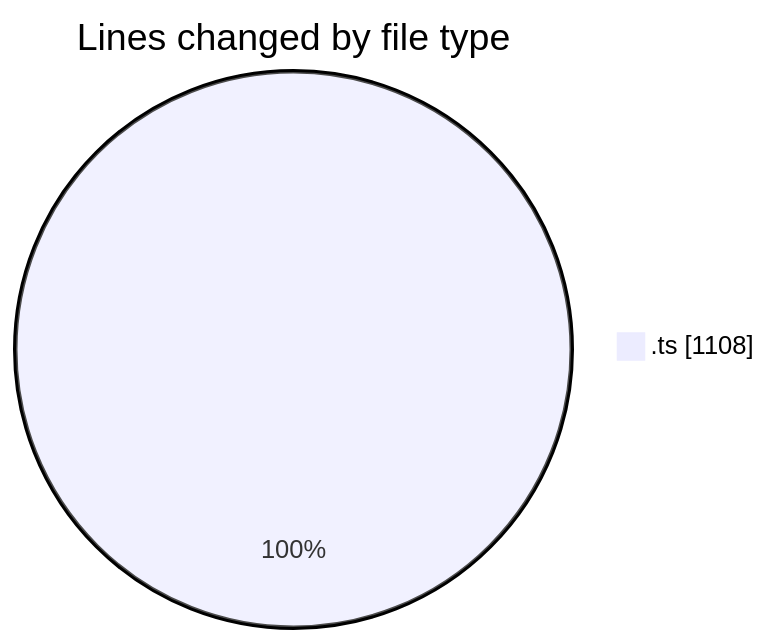
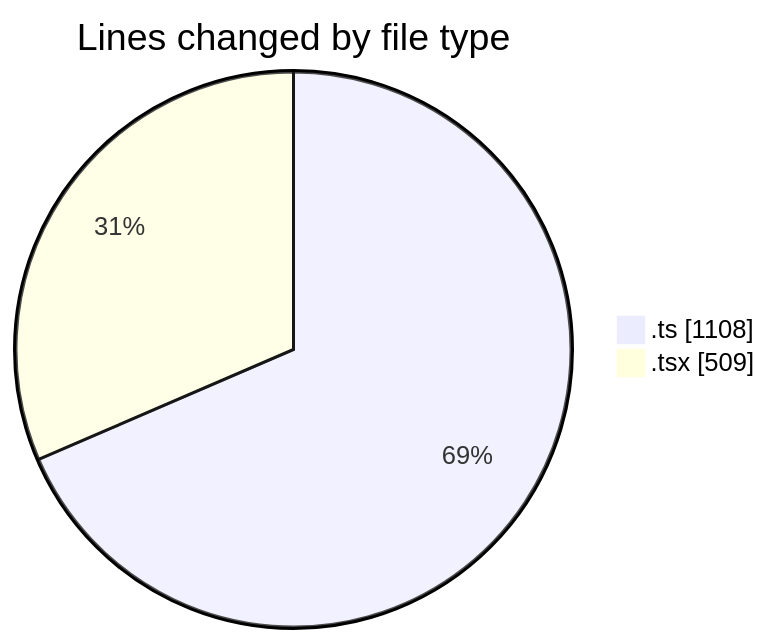
One commit to momahboobian/code-tracking changed the first of 2 diagrams in 2025-11-28/cda/README.md. Above: the diagram before and after it, drawn with Mermaid. The commit also changed other lines of this file and 1 other file, not shown here.

````diff
--- a/2025-11-28/cda/README.md
+++ b/2025-11-28/cda/README.md
@@ -20,5 +21,6 @@
 ```mermaid
 pie showData
 title Lines changed by file type
 ".ts" : 1108
+".tsx" : 509
 ```
````
